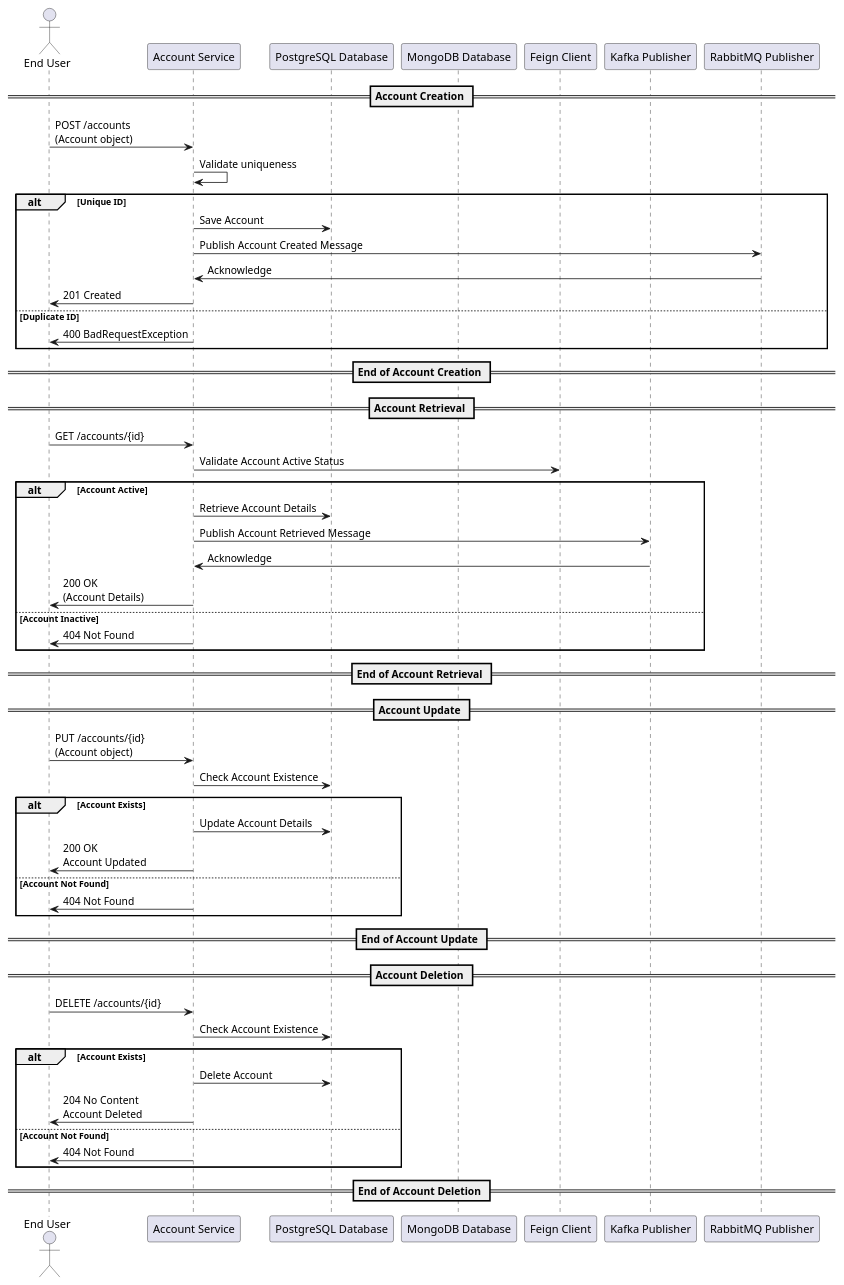
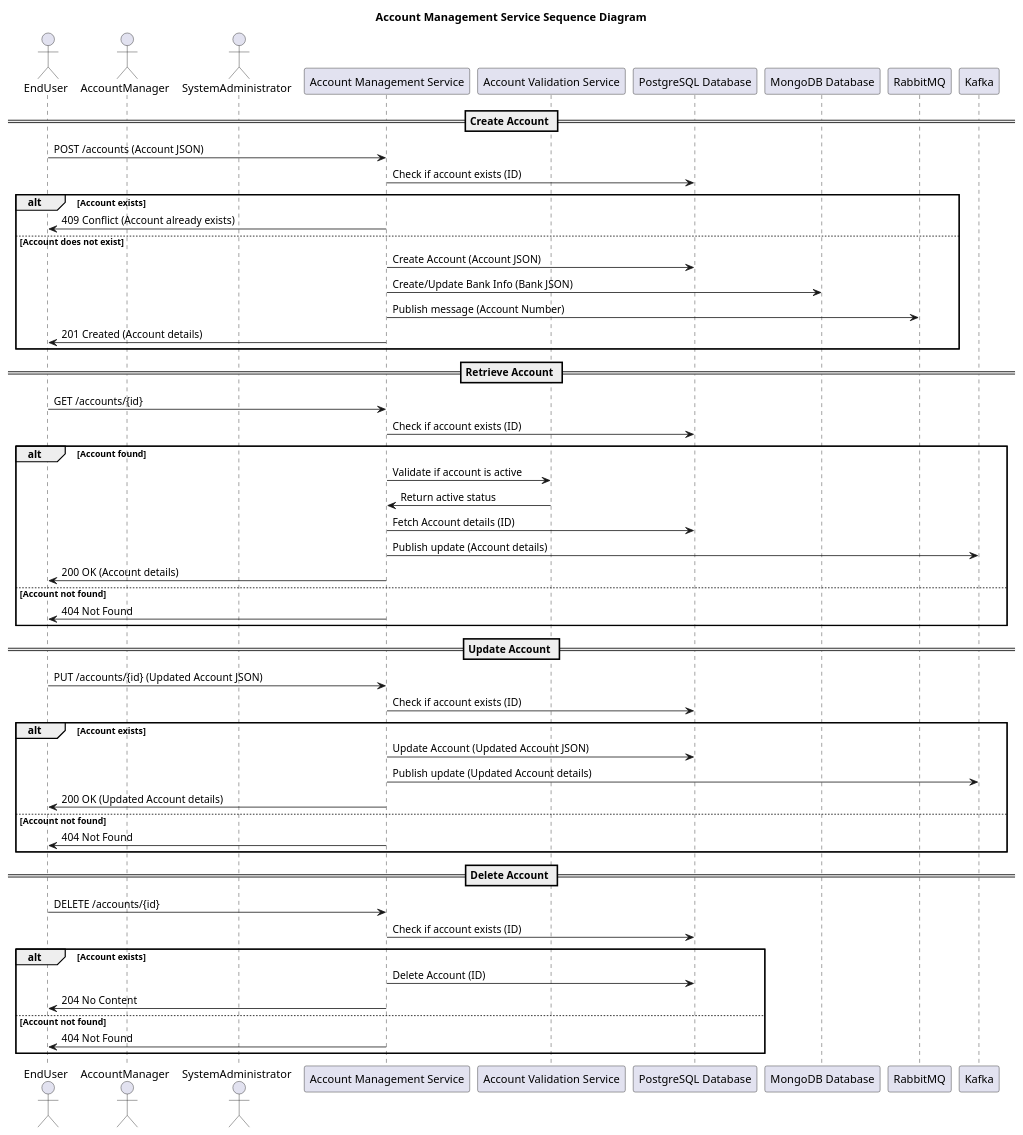
The diagram in design_document/Account_service.md (Bhaskar-Pavan/AccountService), drawn with PlantUML before and after one commit. The commit also changed other lines of this file, not shown here.

````diff
--- a/design_document/Account_service.md
+++ b/design_document/Account_service.md
@@ -38,60 +40,63 @@
 ```plantuml
 @startuml
-actor "End User" as User
-participant "Account Service" as Service
-participant "PostgreSQL Database" as PGDB
+
+title Account Management Service Sequence Diagram
+
+actor EndUser as User
+actor AccountManager as Manager
+actor SystemAdministrator as Admin
+participant "Account Management Service" as Service
+participant "Account Validation Service" as ValidationService
+participant "PostgreSQL Database" as PostgresDB
 participant "MongoDB Database" as MongoDB
-participant "Feign Client" as ExternalService
-participant "Kafka Publisher" as Kafka
-participant "RabbitMQ Publisher" as RabbitMQ
+participant "RabbitMQ" as RabbitMQ
+participant "Kafka" as Kafka
 
-== Account Creation ==
-User -> Service : POST /accounts\n(Account object)
-Service -> Service : Validate uniqueness
-alt Unique ID
-    Service -> PGDB : Save Account
-    Service -> RabbitMQ : Publish Account Created Message
-    RabbitMQ -> Service : Acknowledge
-    Service -> User : 201 Created
-else Duplicate ID
-    Service -> User : 400 BadRequestException
+== Create Account ==
+User -> Service: POST /accounts (Account JSON)
+Service -> PostgresDB: Check if account exists (ID)
+alt Account exists
+    Service -> User: 409 Conflict (Account already exists)
+else Account does not exist
+    Service -> PostgresDB: Create Account (Account JSON)
+    Service -> MongoDB: Create/Update Bank Info (Bank JSON)
+    Service -> RabbitMQ: Publish message (Account Number)
+    Service -> User: 201 Created (Account details)
 end
-== End of Account Creation ==
 
-== Account Retrieval ==
-User -> Service : GET /accounts/{id}
-Service -> ExternalService : Validate Account Active Status
-alt Account Active
-    Service -> PGDB : Retrieve Account Details
-    Service -> Kafka : Publish Account Retrieved Message
-    Kafka -> Service : Acknowledge
-    Service -> User : 200 OK\n(Account Details)
-else Account Inactive
-    Service -> User : 404 Not Found
+== Retrieve Account ==
+User -> Service: GET /accounts/{id}
+Service -> PostgresDB: Check if account exists (ID)
+alt Account found
+    Service -> ValidationService: Validate if account is active
+    ValidationService -> Service: Return active status
+    Service -> PostgresDB: Fetch Account details (ID)
+    Service -> Kafka: Publish update (Account details)
+    Service -> User: 200 OK (Account details)
+else Account not found
+    Service -> User: 404 Not Found
 end
-== End of Account Retrieval ==
 
-== Account Update ==
-User -> Service : PUT /accounts/{id}\n(Account object)
-Service -> PGDB : Check Account Existence
-alt Account Exists
-    Service -> PGDB : Update Account Details
-    Service -> User : 200 OK\nAccount Updated
-else Account Not Found
-    Service -> User : 404 Not Found
+== Update Account ==
+User -> Service: PUT /accounts/{id} (Updated Account JSON)
+Service -> PostgresDB: Check if account exists (ID)
+alt Account exists
+    Service -> PostgresDB: Update Account (Updated Account JSON)
+    Service -> Kafka: Publish update (Updated Account details)
+    Service -> User: 200 OK (Updated Account details)
+else Account not found
+    Service -> User: 404 Not Found
 end
-== End of Account Update ==
 
-== Account Deletion ==
-User -> Service : DELETE /accounts/{id}
-Service -> PGDB : Check Account Existence
-alt Account Exists
-    Service -> PGDB : Delete Account
-    Service -> User : 204 No Content\nAccount Deleted
-else Account Not Found
-    Service -> User : 404 Not Found
+== Delete Account ==
+User -> Service: DELETE /accounts/{id}
+Service -> PostgresDB: Check if account exists (ID)
+alt Account exists
+    Service -> PostgresDB: Delete Account (ID)
+    Service -> User: 204 No Content
+else Account not found
+    Service -> User: 404 Not Found
 end
-== End of Account Deletion ==
 
 @enduml
 ```
````
